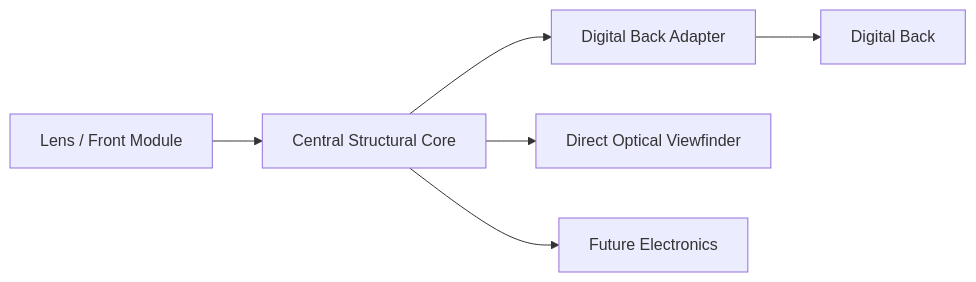
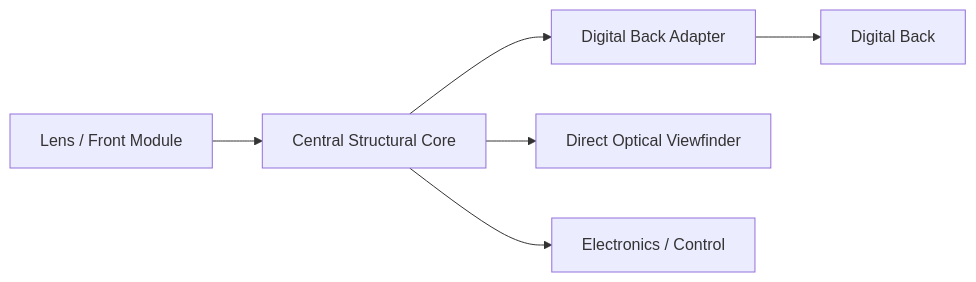
Before and after one commit to inkcat-qwq/modular-medium-format-camera: the diagram in docs/architecture/system-overview.md, drawn with Mermaid. The commit also changed other lines of this file, not shown here.

````diff
--- a/docs/architecture/system-overview.md
+++ b/docs/architecture/system-overview.md
@@ -21,16 +21,16 @@
 ```mermaid
 flowchart LR
     L[Lens / Front Module]
     C[Central Structural Core]
     B[Digital Back Adapter]
     D[Digital Back]
     V[Direct Optical Viewfinder]
-    E[Future Electronics]
+    E[Electronics / Control]
 
     L --> C
     C --> B
     B --> D
 
     C --> V
     C --> E
 ```
````
